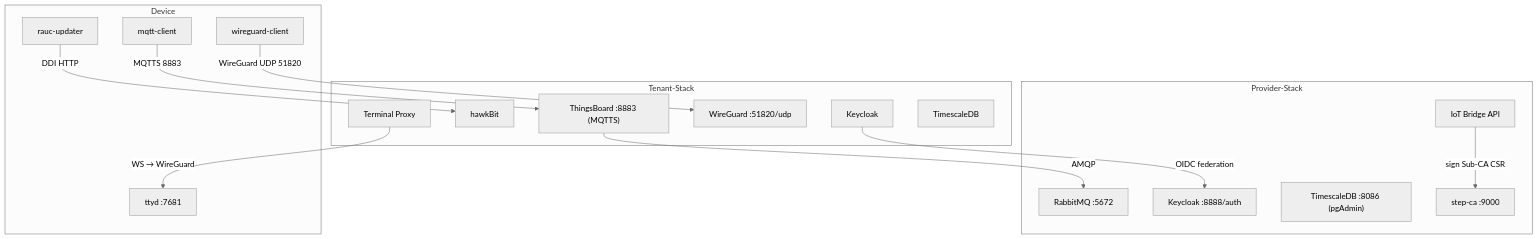
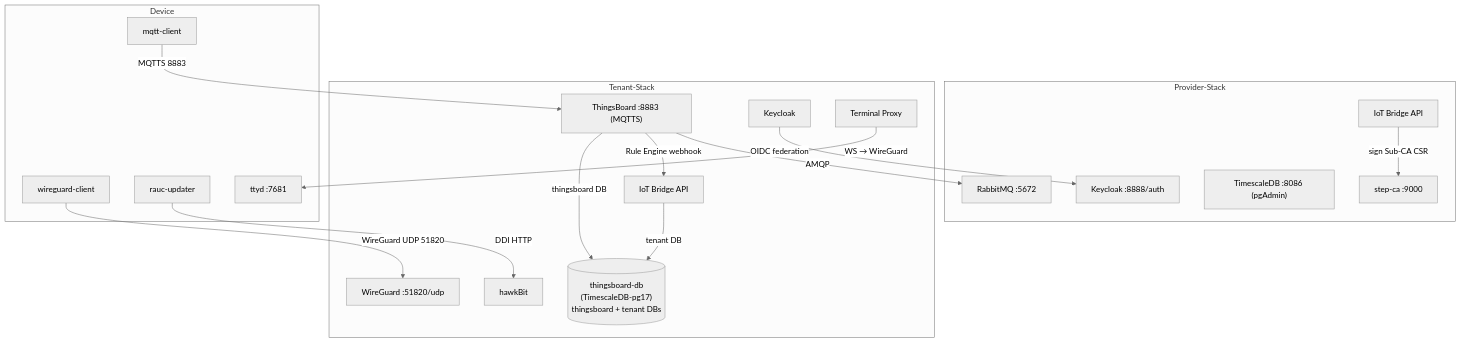
The fifth of 5 diagrams in docs/architecture/data-flow.md (the78mole/complete-device-management), drawn with Mermaid (neutral theme) before and after one commit. The commit also changed other lines of this file and 5 other files, not shown here.

Commit message:
feat: unify TimescaleDB setup for ThingsBoard and tenant analytics, update initialization script and documentation

````diff
--- a/docs/architecture/data-flow.md
+++ b/docs/architecture/data-flow.md
@@ -143,34 +150,38 @@
 ```mermaid
 graph TB
     subgraph provider["Provider-Stack"]
         RMQ_P["RabbitMQ :5672"]
         KC_P["Keycloak :8888/auth"]
         IDB_P["TimescaleDB :8086 (pgAdmin)"]
         SCA_P["step-ca :9000"]
         IBA_P["IoT Bridge API"]
     end
 
     subgraph tenant["Tenant-Stack"]
         TB_T["ThingsBoard :8883 (MQTTS)"]
+        TB_DB[("thingsboard-db\n(TimescaleDB-pg17)\nthingsboard + tenant DBs")]
         HB_T["hawkBit"]
         KC_T["Keycloak"]
         WGS["WireGuard :51820/udp"]
         TXP["Terminal Proxy"]
-        IDB_T["TimescaleDB"]
+        IBA_T["IoT Bridge API"]
+        TB_T -->|thingsboard DB| TB_DB
+        TB_T -->|Rule Engine webhook| IBA_T
+        IBA_T -->|tenant DB| TB_DB
     end
 
     subgraph device["Device"]
         MQC[mqtt-client]
         WGC[wireguard-client]
         UPD[rauc-updater]
         TTD["ttyd :7681"]
     end
 
     MQC -->|MQTTS 8883| TB_T
     WGC -->|WireGuard UDP 51820| WGS
     UPD -->|DDI HTTP| HB_T
     TB_T -->|AMQP| RMQ_P
     KC_T -->|OIDC federation| KC_P
     TXP -->|WS → WireGuard| TTD
     IBA_P -->|sign Sub-CA CSR| SCA_P
 ```
````
